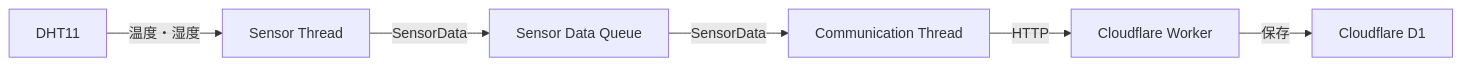
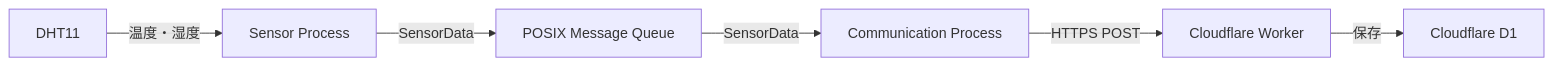
Before and after one commit to yujimasuda77777/Raspberry_Pi_4B_Edge_IoT_System: the first of 15 diagrams in docs/04_data_ipc_communication.md, drawn with Mermaid. The commit also changed other lines of this file, not shown here.

````diff
--- a/docs/04_data_ipc_communication.md
+++ b/docs/04_data_ipc_communication.md
@@ -47,15 +47,15 @@
 ```mermaid
 flowchart LR
     Sensor["DHT11"]
-    Acquire["Sensor Thread"]
-    Queue["Sensor Data Queue"]
-    Comm["Communication Thread"]
+    Acquire["Sensor Process"]
+    Queue["POSIX Message Queue"]
+    Comm["Communication Process"]
     Worker["Cloudflare Worker"]
     D1["Cloudflare D1"]
 
     Sensor -->|温度・湿度| Acquire
     Acquire -->|SensorData| Queue
     Queue -->|SensorData| Comm
-    Comm -->|HTTP| Worker
+    Comm -->|HTTPS POST| Worker
     Worker -->|保存| D1
 ```
````
